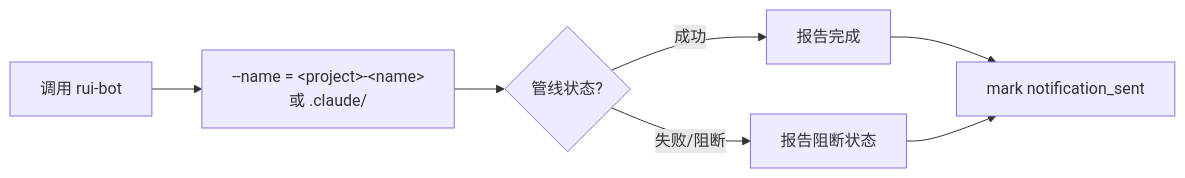
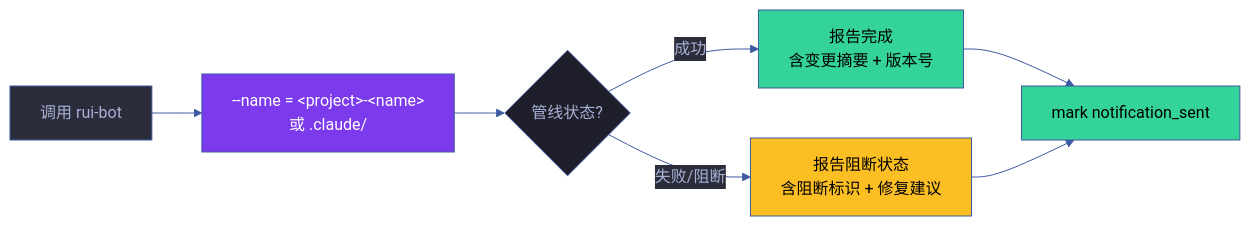
Before and after one commit to effiy/YrY: the fourth of 6 diagrams in skills/rui/rules/delivery-gate.md, drawn with Mermaid. The commit also changed other lines of this file and 1028 other files, not shown here.

````diff
--- a/skills/rui/rules/delivery-gate.md
+++ b/skills/rui/rules/delivery-gate.md
@@ -143,9 +193,22 @@
 ```mermaid
+%%{init: {'theme': 'base', 'themeVariables': {
+  'primaryColor': '#1e1f2b',
+  'primaryTextColor': '#a9b1d6',
+  'primaryBorderColor': '#3d59a1',
+  'lineColor': '#3d59a1',
+  'secondaryColor': '#2b2d3b',
+  'tertiaryColor': '#21232f'
+}}}%%
 flowchart LR
     CALL["调用 rui-bot"]:::step --> NAME["--name = &lt;project&gt;-&lt;name&gt;<br/>或 .claude/"]:::param
     NAME --> CH{"管线状态?"}
-    CH -->|"成功"| OK["报告完成"]:::ok
-    CH -->|"失败/阻断"| FAIL["报告阻断状态"]:::warn
+    CH -->|"成功"| OK["报告完成<br/>含变更摘要 + 版本号"]:::ok
+    CH -->|"失败/阻断"| FAIL["报告阻断状态<br/>含阻断标识 + 修复建议"]:::warn
     OK & FAIL --> MARK["mark notification_sent"]:::mark
 
+    classDef step fill:#2b2d3b,stroke:#3d59a1,color:#a9b1d6
+    classDef param fill:#7c3aed,color:#fff
+    classDef ok fill:#34d399,color:#000
+    classDef warn fill:#fbbf24,color:#000
+    classDef mark fill:#34d399,color:#000
 ```
````
